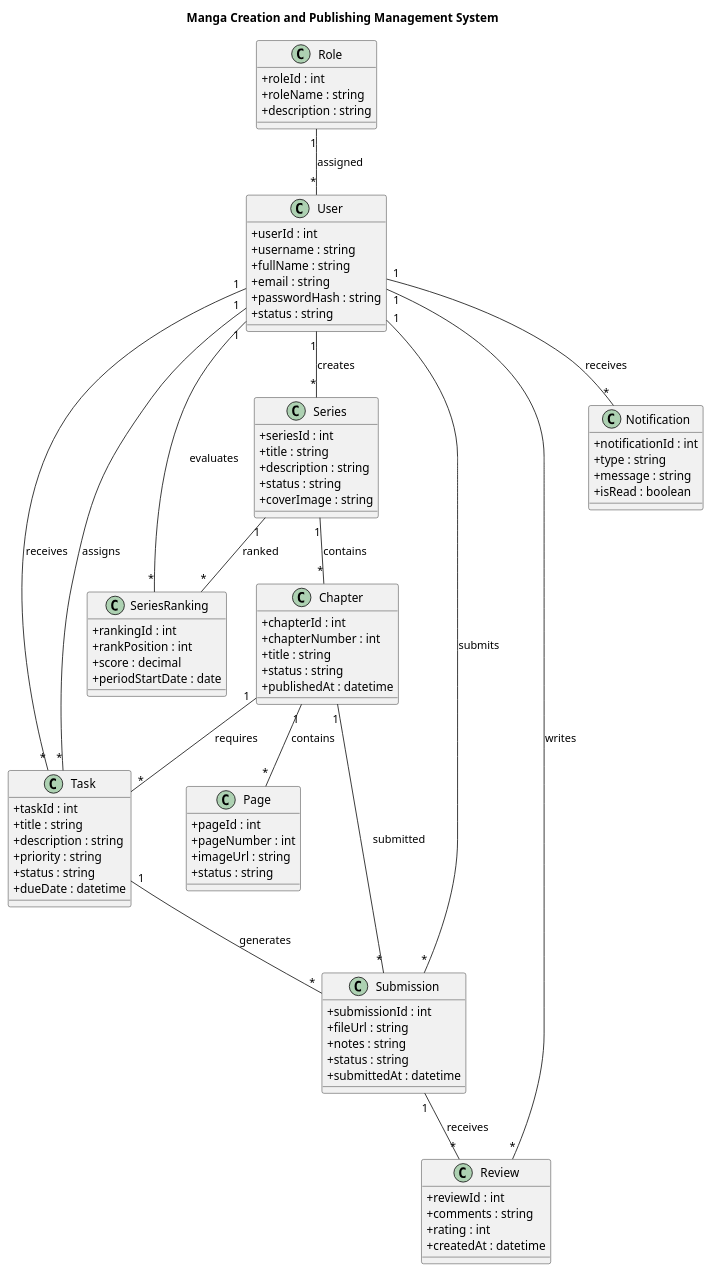
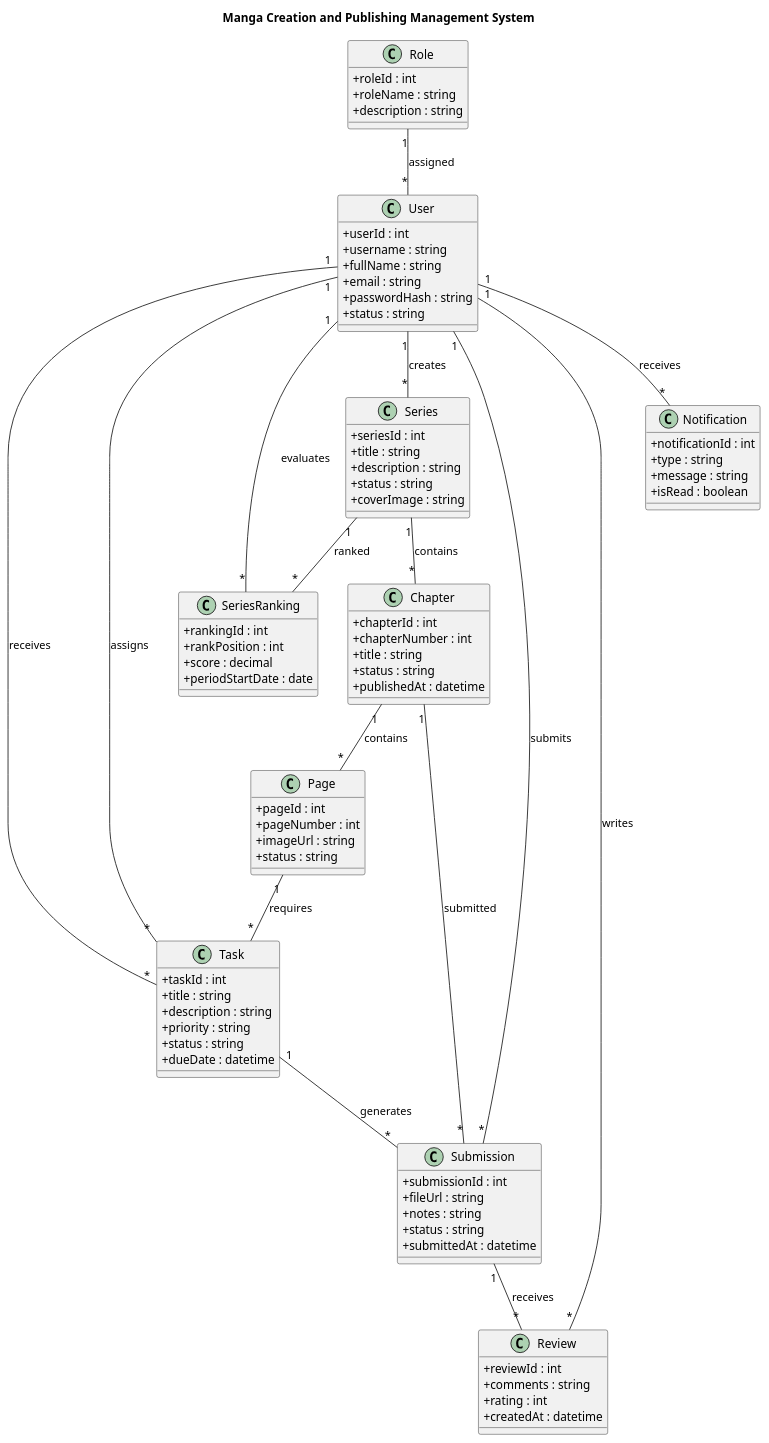
The diagram in UML/Class_Diagram.puml (trongtan0079/Manga-publishing-management-system), drawn with PlantUML before and after one commit. The commit also changed 10 other files, not shown here.

```diff
--- a/UML/Class_Diagram.puml
+++ b/UML/Class_Diagram.puml
@@ -1,112 +1,112 @@
 @startuml
 
 title Manga Creation and Publishing Management System
 
 skinparam classAttributeIconSize 0
 
 class Role {
   +roleId : int
   +roleName : string
   +description : string
 }
 
 class User {
   +userId : int
   +username : string
   +fullName : string
   +email : string
   +passwordHash : string
   +status : string
 }
 
 class Series {
   +seriesId : int
   +title : string
   +description : string
   +status : string
   +coverImage : string
 }
 
 class Chapter {
   +chapterId : int
   +chapterNumber : int
   +title : string
   +status : string
   +publishedAt : datetime
 }
 
 class Page {
   +pageId : int
   +pageNumber : int
   +imageUrl : string
   +status : string
 }
 
 class Task {
   +taskId : int
   +title : string
   +description : string
   +priority : string
   +status : string
   +dueDate : datetime
 }
 
 class Submission {
   +submissionId : int
   +fileUrl : string
   +notes : string
   +status : string
   +submittedAt : datetime
 }
 
 class Review {
   +reviewId : int
   +comments : string
   +rating : int
   +createdAt : datetime
 }
 
 class SeriesRanking {
   +rankingId : int
   +rankPosition : int
   +score : decimal
   +periodStartDate : date
 }
 
 class Notification {
   +notificationId : int
   +type : string
   +message : string
   +isRead : boolean
 }
 
 Role "1" -- "*" User : assigned
 
 User "1" -- "*" Series : creates
 
 Series "1" -- "*" Chapter : contains
 
 Chapter "1" -- "*" Page : contains
 
-Chapter "1" -- "*" Task : requires
+Page "1" -- "*" Task : requires
 
 User "1" -- "*" Task : assigns
 User "1" -- "*" Task : receives
 
 Task "1" -- "*" Submission : generates
 
 Chapter "1" -- "*" Submission : submitted
 
 User "1" -- "*" Submission : submits
 
 Submission "1" -- "*" Review : receives
 
 User "1" -- "*" Review : writes
 
 Series "1" -- "*" SeriesRanking : ranked
 
 User "1" -- "*" SeriesRanking : evaluates
 
 User "1" -- "*" Notification : receives
 
 @enduml
```
